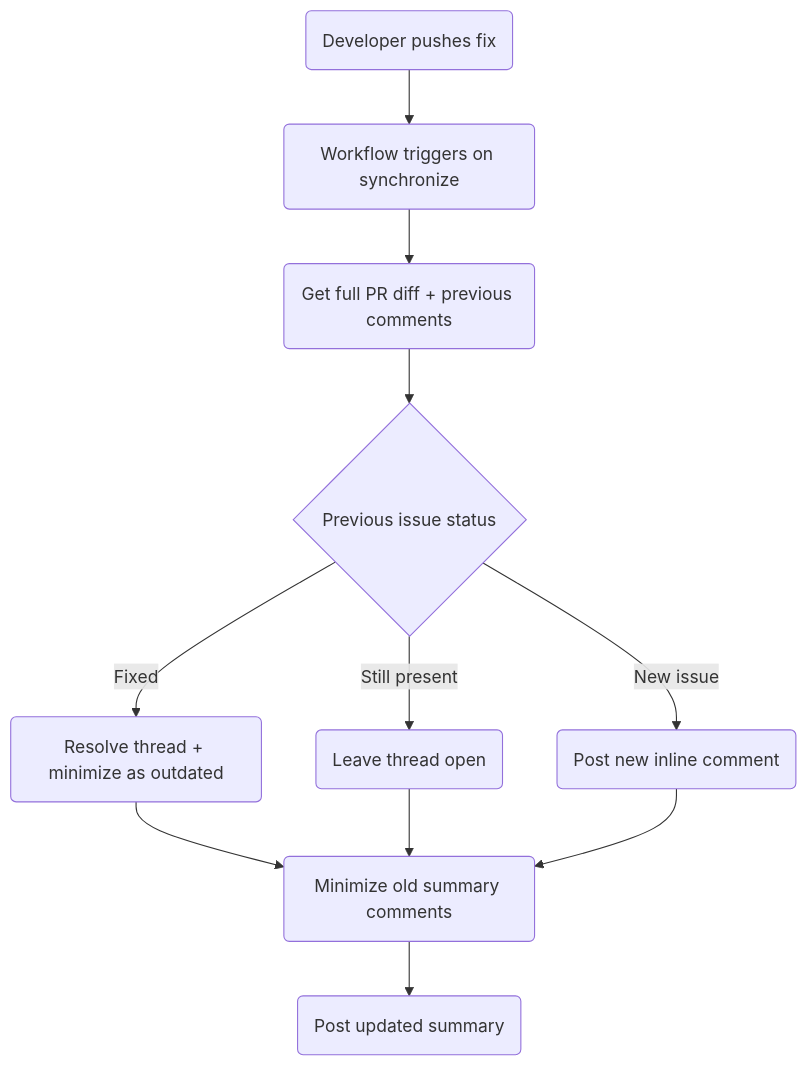
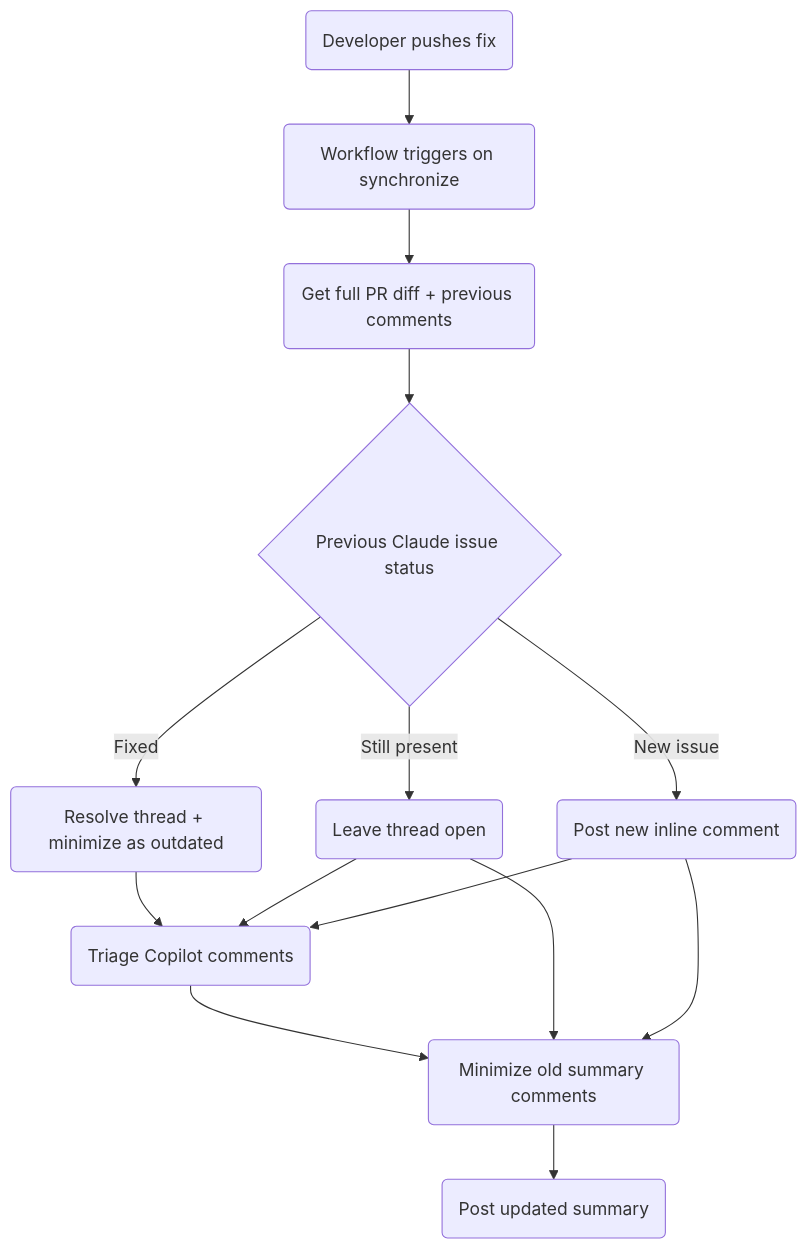
One commit to SchweizerischeBundesbahnen/github-workflows-polarion changed the second of 2 diagrams in docs/claude-code-review.md. Above: the diagram before and after it, drawn with Mermaid. The commit also changed other lines of this file and 1 other file, not shown here.

First line of the commit message:
feat: triage Copilot review comments in Claude Code Review

````diff
--- a/docs/claude-code-review.md
+++ b/docs/claude-code-review.md
@@ -145,13 +158,16 @@
 ```mermaid
 flowchart TD
   A(Developer pushes fix) --> B(Workflow triggers on synchronize)
   B --> C(Get full PR diff + previous comments)
-  C --> D{Previous issue status}
+  C --> D{Previous Claude issue status}
   D -->|Fixed| E(Resolve thread + minimize as outdated)
   D -->|Still present| F(Leave thread open)
   D -->|New issue| G(Post new inline comment)
-  E --> H(Minimize old summary comments)
+  E --> CP(Triage Copilot comments)
+  F --> CP
+  G --> CP
+  CP --> H(Minimize old summary comments)
   F --> H
   G --> H
   H --> I(Post updated summary)
 ```
````
